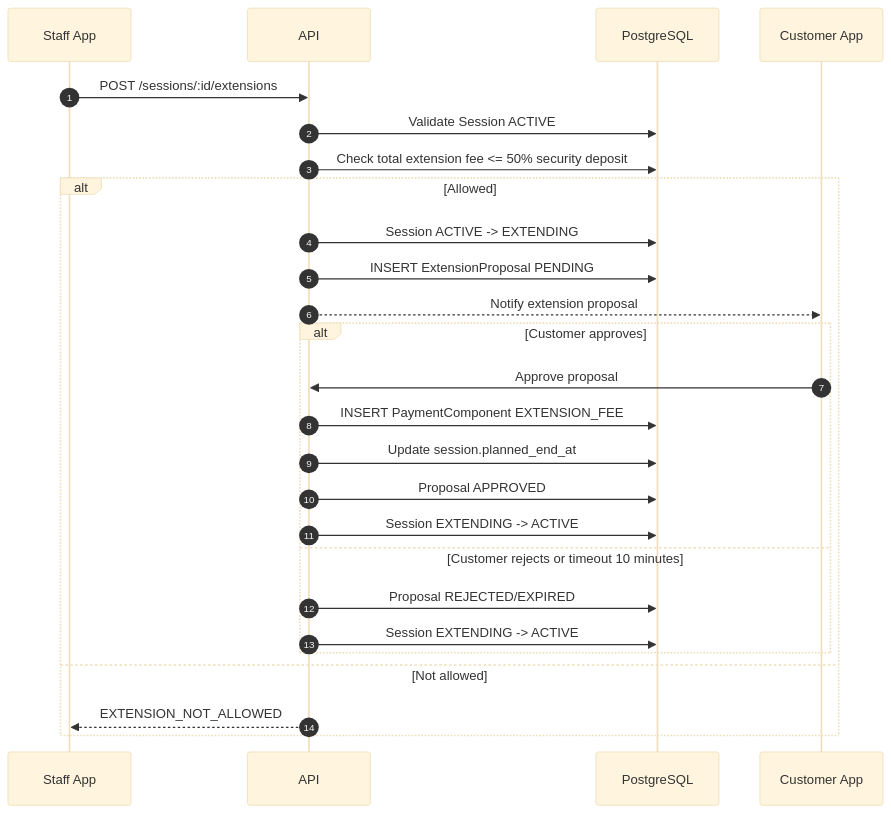
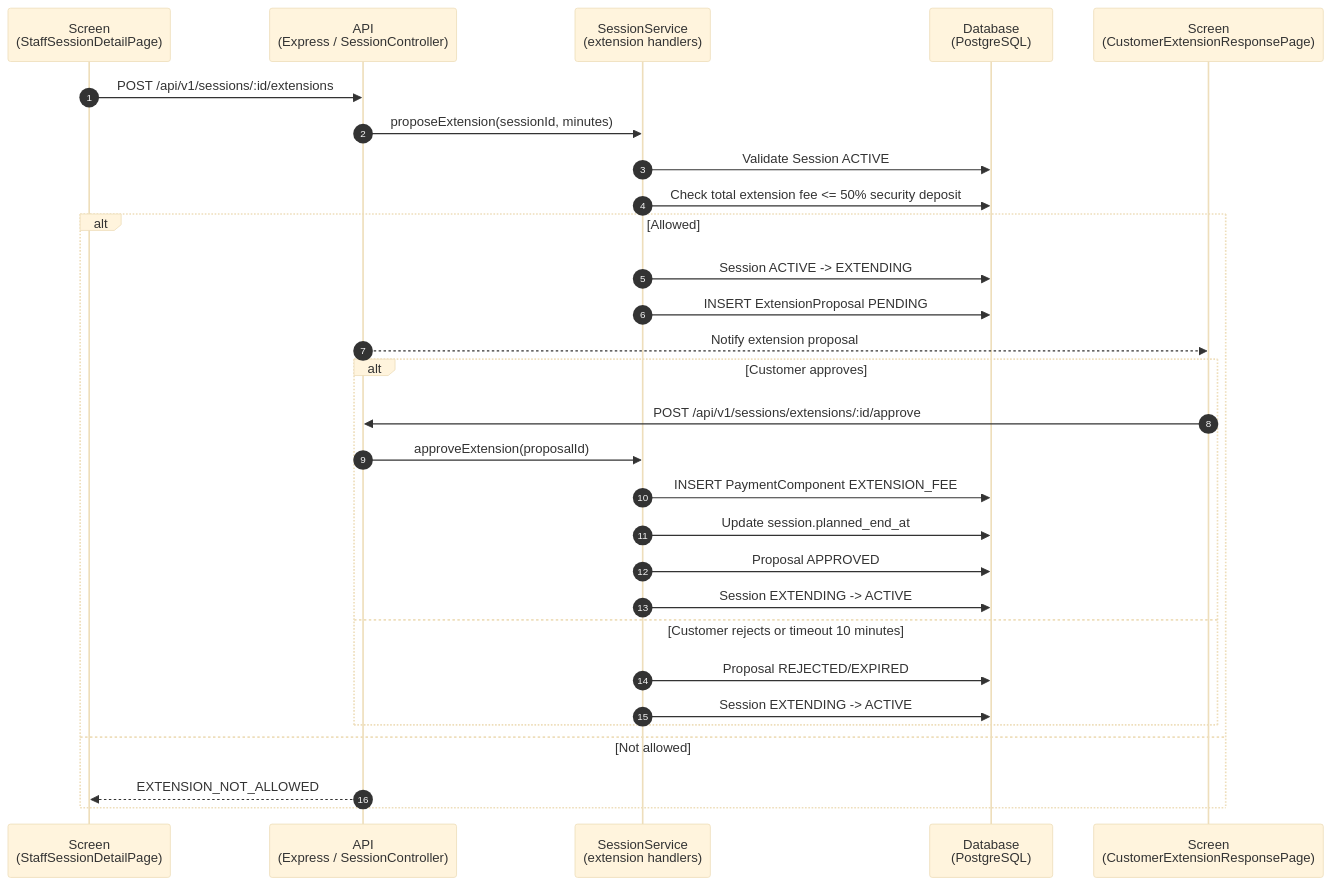
Before and after one commit to RCField-SEP490/rcfield-spec: the third of 7 diagrams in docs/diagrams/sequence/sequence-flow-booking-operations.md, drawn with Mermaid (base theme). The commit also changed other lines of this file and 15 other files, not shown here.

First line of the commit message:
Add sequence flow diagrams for provider, staff, and supporting operations

````diff
--- a/docs/diagrams/sequence/sequence-flow-booking-operations.md
+++ b/docs/diagrams/sequence/sequence-flow-booking-operations.md
@@ -79,29 +89,32 @@
 ```mermaid
 sequenceDiagram
     autonumber
-    participant Staff as Staff App
-    participant API as API
-    participant DB as PostgreSQL
-    participant C as Customer App
+    participant Staff as Screen<br/>(StaffSessionDetailPage)
+    participant API as API<br/>(Express / SessionController)
+    participant SS as SessionService<br/>(extension handlers)
+    participant DB as Database<br/>(PostgreSQL)
+    participant C as Screen<br/>(CustomerExtensionResponsePage)
 
-    Staff->>API: POST /sessions/:id/extensions
-    API->>DB: Validate Session ACTIVE
-    API->>DB: Check total extension fee <= 50% security deposit
+    Staff->>API: POST /api/v1/sessions/:id/extensions
+    API->>SS: proposeExtension(sessionId, minutes)
+    SS->>DB: Validate Session ACTIVE
+    SS->>DB: Check total extension fee <= 50% security deposit
     alt Allowed
-        API->>DB: Session ACTIVE -> EXTENDING
-        API->>DB: INSERT ExtensionProposal PENDING
+        SS->>DB: Session ACTIVE -> EXTENDING
+        SS->>DB: INSERT ExtensionProposal PENDING
         API-->>C: Notify extension proposal
         alt Customer approves
-            C->>API: Approve proposal
-            API->>DB: INSERT PaymentComponent EXTENSION_FEE
-            API->>DB: Update session.planned_end_at
-            API->>DB: Proposal APPROVED
-            API->>DB: Session EXTENDING -> ACTIVE
+            C->>API: POST /api/v1/sessions/extensions/:id/approve
+            API->>SS: approveExtension(proposalId)
+            SS->>DB: INSERT PaymentComponent EXTENSION_FEE
+            SS->>DB: Update session.planned_end_at
+            SS->>DB: Proposal APPROVED
+            SS->>DB: Session EXTENDING -> ACTIVE
         else Customer rejects or timeout 10 minutes
-            API->>DB: Proposal REJECTED/EXPIRED
-            API->>DB: Session EXTENDING -> ACTIVE
+            SS->>DB: Proposal REJECTED/EXPIRED
+            SS->>DB: Session EXTENDING -> ACTIVE
         end
     else Not allowed
         API-->>Staff: EXTENSION_NOT_ALLOWED
     end
 ```
````
